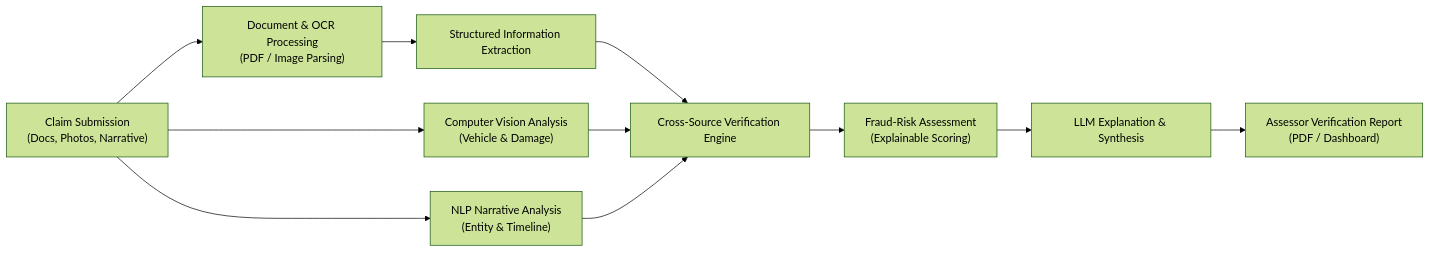
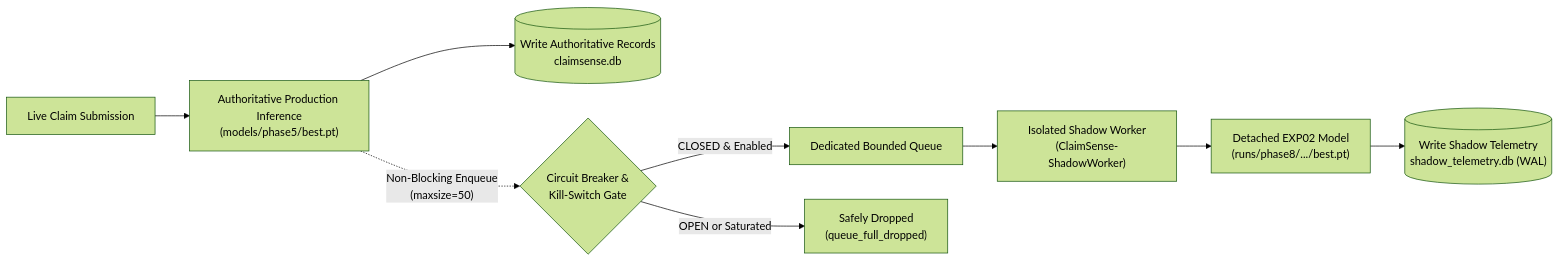
Before and after one commit to ananya270/ClaimSense-AI: the second of 2 diagrams in README.md, drawn with Mermaid (forest theme). The commit also changed other lines of this file, not shown here.

````diff
--- a/README.md
+++ b/README.md
@@ -43,13 +334,14 @@
 ```mermaid
 flowchart LR
-    A["Claim Submission\n(Docs, Photos, Narrative)"] --> B["Document & OCR Processing\n(PDF / Image Parsing)"]
-    B --> C["Structured Information Extraction"]
-    A --> D["Computer Vision Analysis\n(Vehicle & Damage)"]
-    A --> E["NLP Narrative Analysis\n(Entity & Timeline)"]
-    C --> F["Cross-Source Verification Engine"]
-    D --> F
-    E --> F
-    F --> G["Fraud-Risk Assessment\n(Explainable Scoring)"]
-    G --> H["LLM Explanation & Synthesis"]
-    H --> I["Assessor Verification Report\n(PDF / Dashboard)"]
+    CLAIM["Live Claim Submission"] --> PROD_SYNC["Authoritative Production Inference\n(models/phase5/best.pt)"]
+    PROD_SYNC --> WRITE_PROD[("Write Authoritative Records\nclaimsense.db")]
+
+    PROD_SYNC -.->|"Non-Blocking Enqueue\n(maxsize=50)"| CB{"Circuit Breaker &\nKill-Switch Gate"}
+
+    CB -->|"CLOSED & Enabled"| QUEUE["Dedicated Bounded Queue"]
+    CB -->|"OPEN or Saturated"| DROP["Safely Dropped\n(queue_full_dropped)"]
+
+    QUEUE --> SHADOW_WORKER["Isolated Shadow Worker\n(ClaimSense-ShadowWorker)"]
+    SHADOW_WORKER --> EXP02_INF["Detached EXP02 Model\n(runs/phase8/.../best.pt)"]
+    EXP02_INF --> WRITE_SHADOW[("Write Shadow Telemetry\nshadow_telemetry.db (WAL)")]
 ```
````
